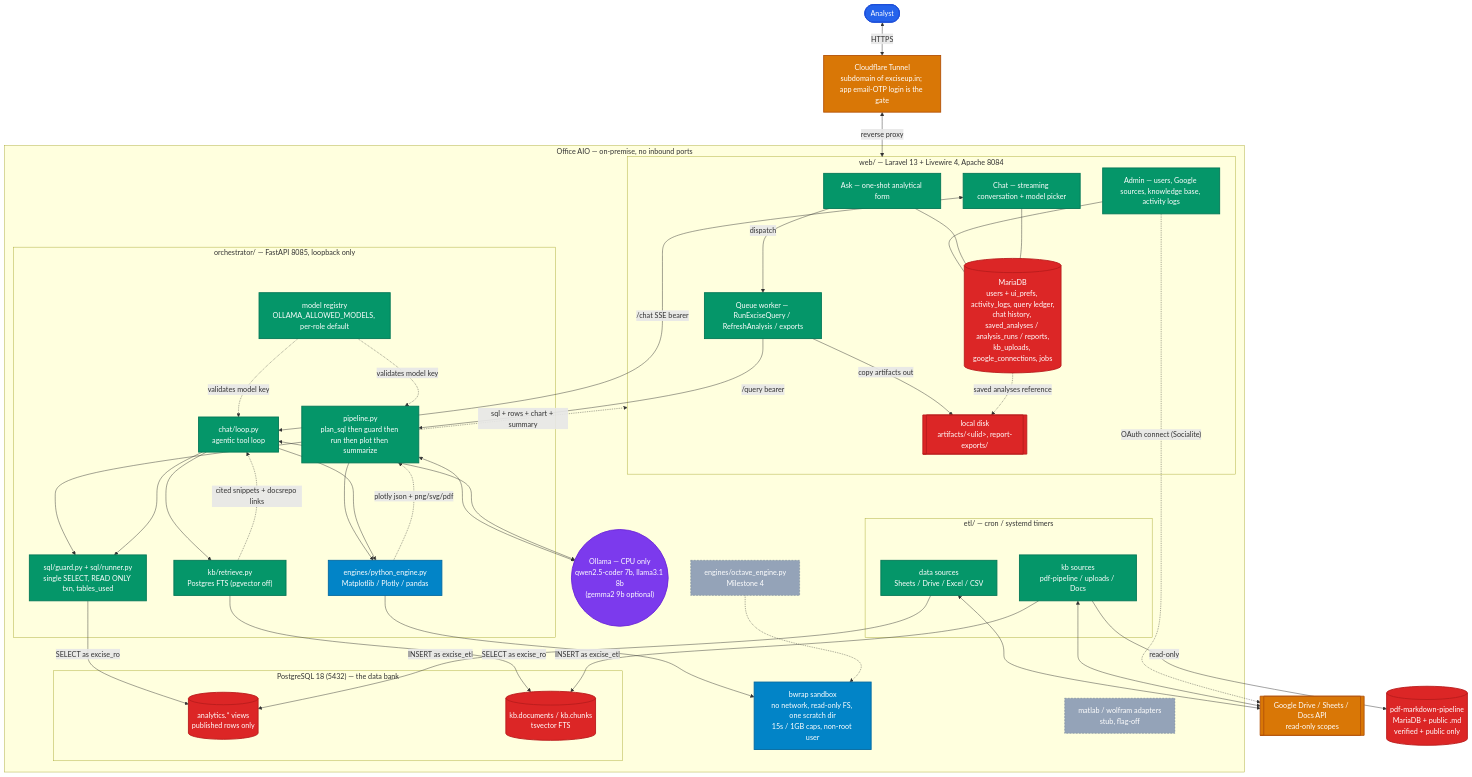
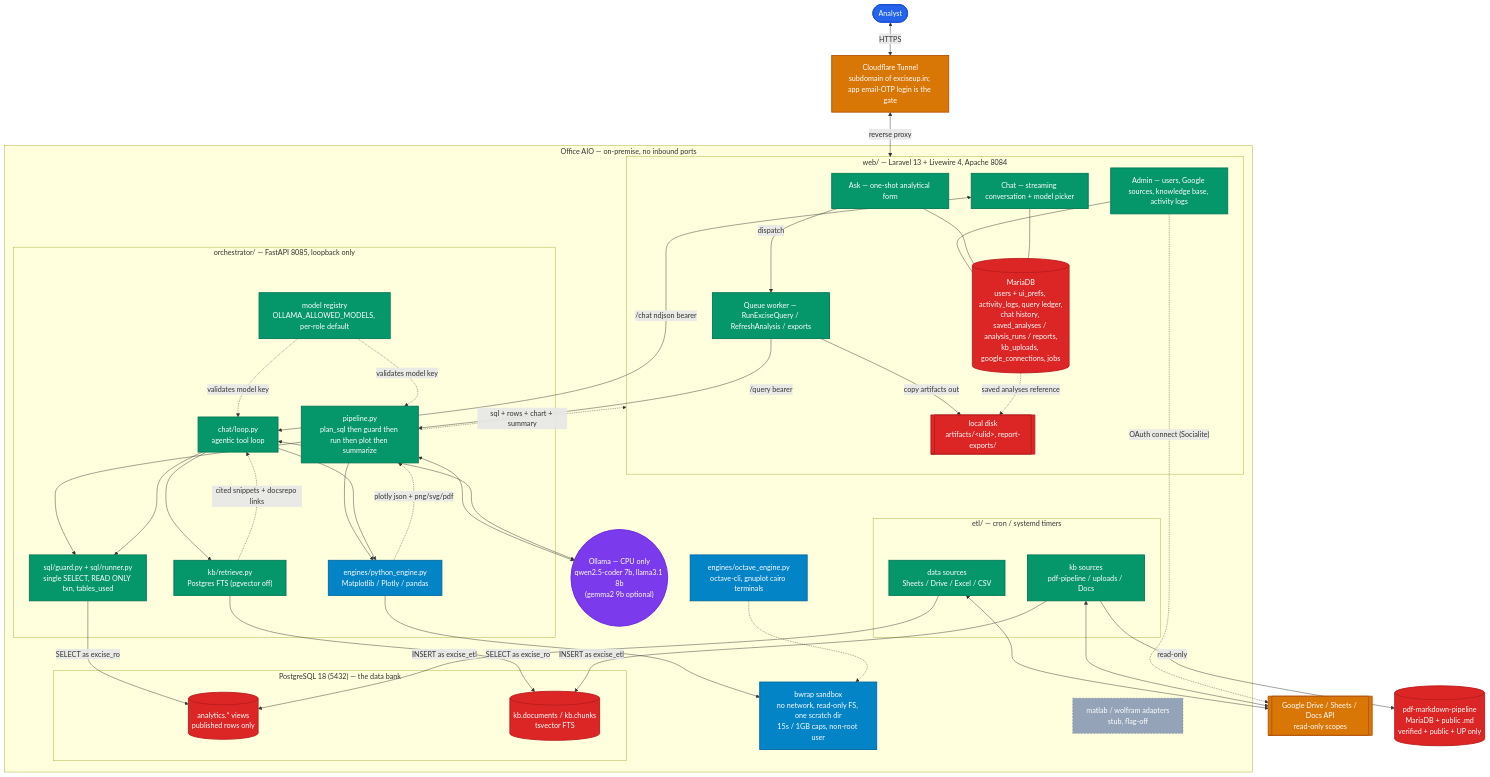
Before and after one commit to SubhanRaj/excise-mcp-dashboard: the second of 7 diagrams in ARCHITECTURE.md, drawn with Mermaid. The commit also changed other lines of this file and 8 other files, not shown here.

```diff
--- a/ARCHITECTURE.md
+++ b/ARCHITECTURE.md
@@ -295,18 +337,18 @@
             EtlKB["kb sources<br/>pdf-pipeline / uploads / Docs"]:::app
         end
 
-        OctEng["engines/octave_engine.py<br/>Milestone 4"]:::off
+        OctEng["engines/octave_engine.py<br/>octave-cli, gnuplot cairo terminals"]:::viz
         MatEng["matlab / wolfram adapters<br/>stub, flag-off"]:::off
     end
 
     GAPI[["Google Drive / Sheets / Docs API<br/>read-only scopes"]]:::edge
-    PDFP[("pdf-markdown-pipeline<br/>MariaDB + public .md<br/>verified + public only")]:::db
+    PDFP[("pdf-markdown-pipeline<br/>MariaDB + public .md<br/>verified + public + UP only")]:::db
 
     User <-->|HTTPS| CF
     CF <-->|reverse proxy| WebTier
     Ask -->|dispatch| Queue
     Queue -->|"/query bearer"| OneShot
-    Chat <-->|"/chat SSE bearer"| Loop
+    Chat <-->|"/chat ndjson bearer"| Loop
     Admin --- MDB
     Ask --- MDB
     Chat --- MDB
```
